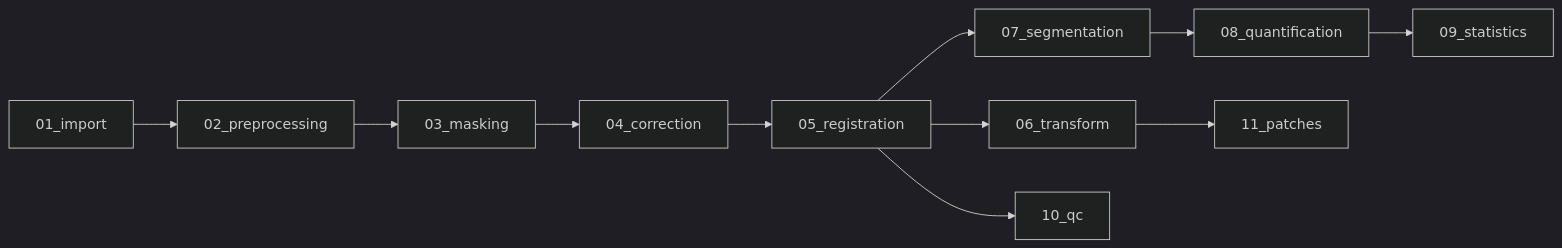
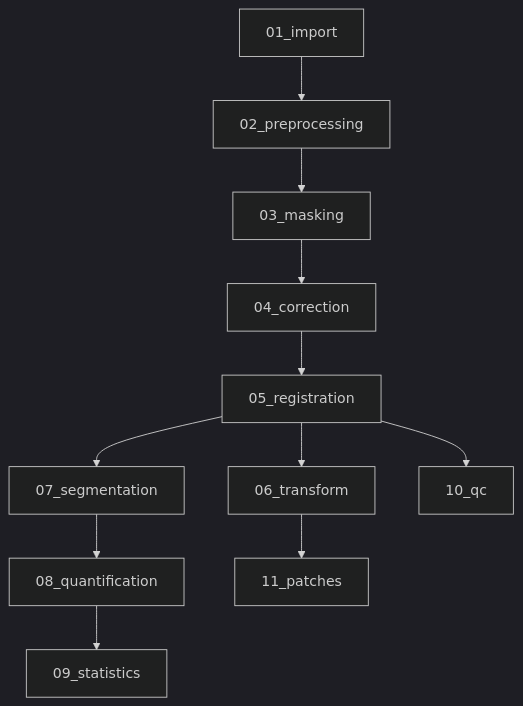
Before and after one commit to khanlab/SPIMquant: the diagram in docs/workflow_visualization.md, drawn with Mermaid (dark theme). The commit also changed 2 other files, not shown here.

Commit message:
Address code review feedback: improve logging, configurability, and documentation

````diff
--- a/docs/workflow_visualization.md
+++ b/docs/workflow_visualization.md
@@ -9,13 +9,13 @@
 ```mermaid
-graph LR
+flowchart TB
     A[01_import] --> B[02_preprocessing]
     B --> C[03_masking]
     C --> D[04_correction]
     D --> E[05_registration]
     E --> F[06_transform]
     E --> G[07_segmentation]
     G --> H[08_quantification]
     H --> I[09_statistics]
     E --> J[10_qc]
     F --> K[11_patches]
 ```
````
